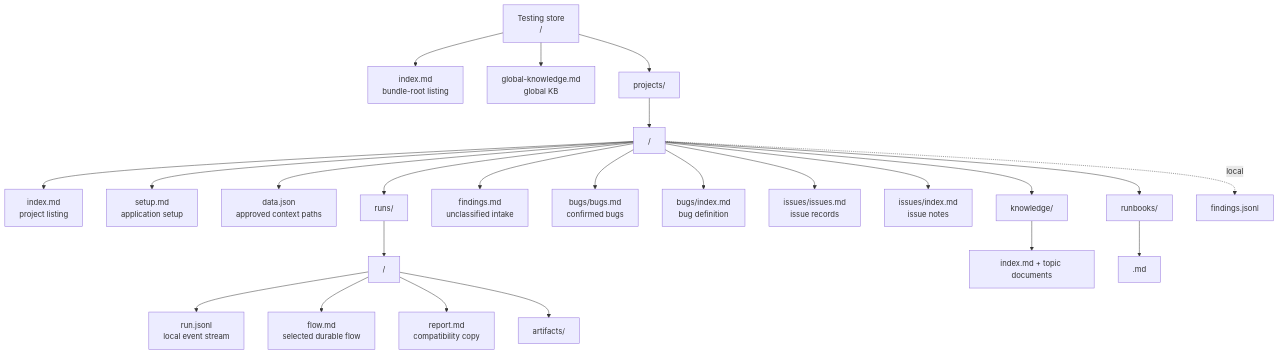
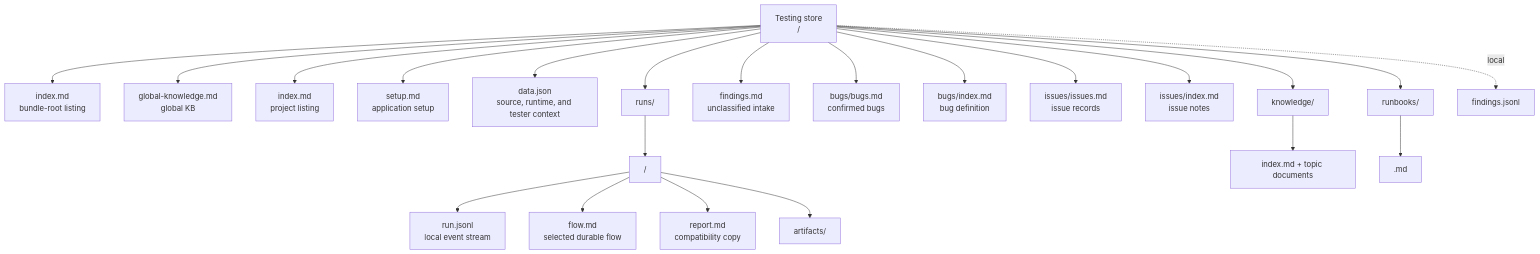
One commit to abs-bot-01/abs-tester-data changed the fifth of 5 diagrams in architecture.md. Above: the diagram before and after it, drawn with Mermaid. The commit also changed other lines of this file and 4 other files, not shown here.

````diff
--- a/architecture.md
+++ b/architecture.md
@@ -81,30 +81,27 @@
 ```mermaid
 flowchart TD
     ROOT["Testing store<br/><data-root>/"]
     ROOT --> BI["index.md<br/>bundle-root listing"]
     ROOT --> GK["global-knowledge.md<br/>global KB"]
-    ROOT --> PS["projects/"]
-
-    PS --> P["<project>/"]
-    P --> PI["index.md<br/>project listing"]
-    P --> SETUP["setup.md<br/>application setup"]
-    P --> DATA["data.json<br/>approved context paths"]
-    P --> RUNS["runs/"]
-    P --> FIND["findings.md<br/>unclassified intake"]
-    P --> BUGS["bugs/bugs.md<br/>confirmed bugs"]
-    P --> BUG_INDEX["bugs/index.md<br/>bug definition"]
-    P --> ISSUES["issues/issues.md<br/>issue records"]
-    P --> ISSUE_INDEX["issues/index.md<br/>issue notes"]
-    P --> KB["knowledge/"]
-    P --> RB["runbooks/"]
-    P -. local .-> FINDINGS_LOCAL["findings.jsonl"]
+    ROOT --> PI["index.md<br/>project listing"]
+    ROOT --> SETUP["setup.md<br/>application setup"]
+    ROOT --> DATA["data.json<br/>source, runtime, and tester context"]
+    ROOT --> RUNS["runs/"]
+    ROOT --> FIND["findings.md<br/>unclassified intake"]
+    ROOT --> BUGS["bugs/bugs.md<br/>confirmed bugs"]
+    ROOT --> BUG_INDEX["bugs/index.md<br/>bug definition"]
+    ROOT --> ISSUES["issues/issues.md<br/>issue records"]
+    ROOT --> ISSUE_INDEX["issues/index.md<br/>issue notes"]
+    ROOT --> KB["knowledge/"]
+    ROOT --> RB["runbooks/"]
+    ROOT -. local .-> FINDINGS_LOCAL["findings.jsonl"]
 
     RUNS --> RUN["<run-id>/"]
     RUN --> EVENTS_LOCAL["run.jsonl<br/>local event stream"]
     RUN --> FLOW["flow.md<br/>selected durable flow"]
     RUN --> REPORT["report.md<br/>compatibility copy"]
     RUN --> ART["artifacts/"]
 
     KB --> KBI["index.md + topic documents"]
     RB --> RBF["<runbook-id>.md"]
 ```
````
